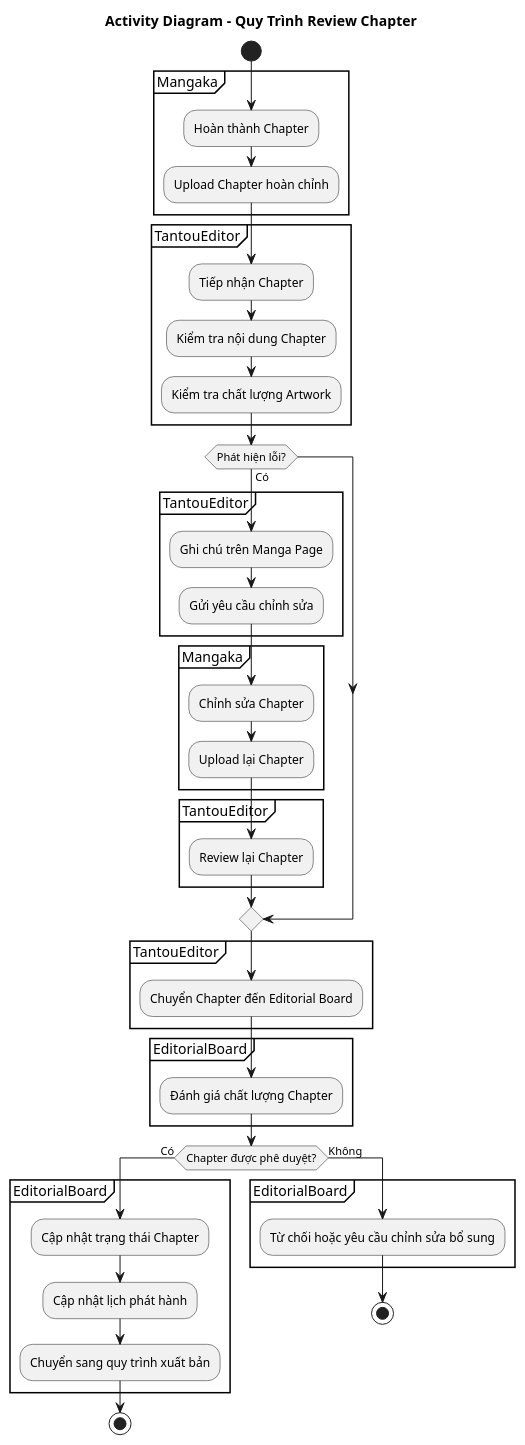
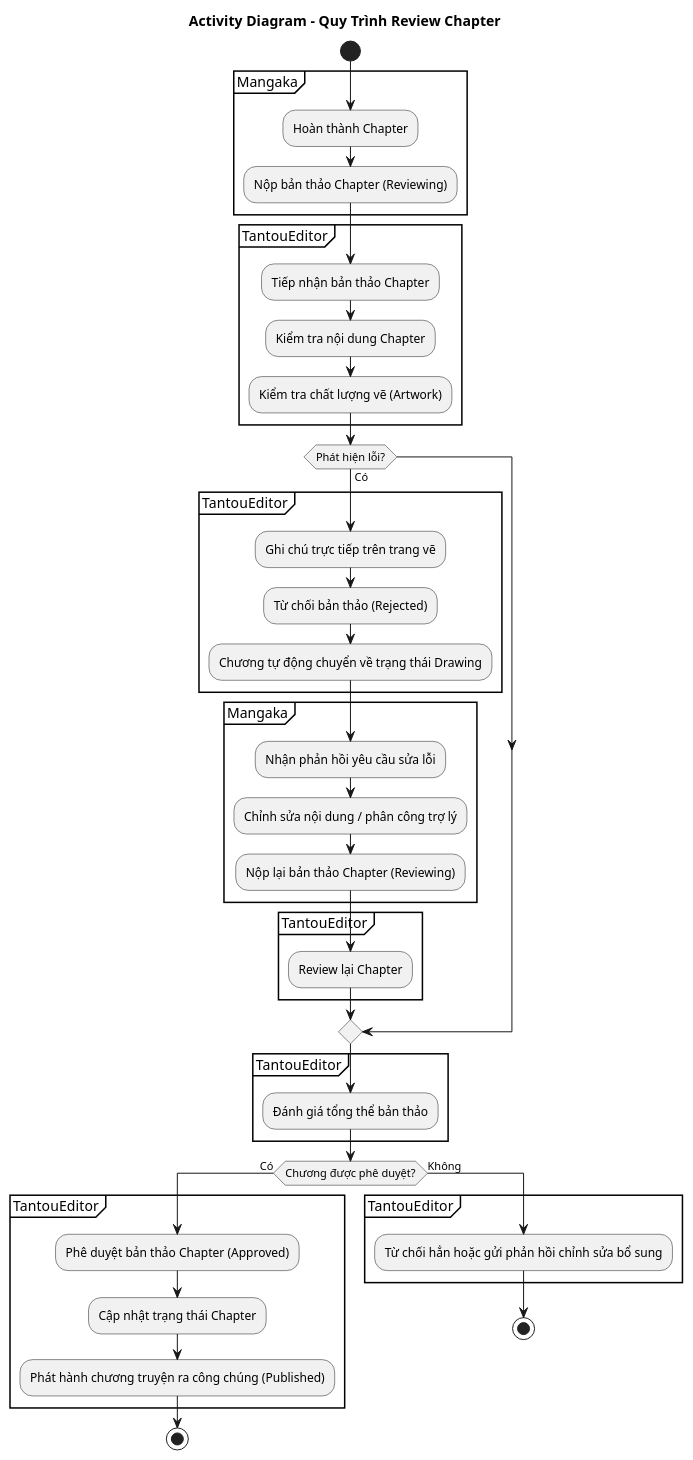
One commit to trongtan0079/Manga-publishing-management-system changed the diagram in UML/Activity_Diagram_quy trình_Review_Chapter.puml. Above: the diagram before and after it, drawn with PlantUML. The commit also changed 9 other files, not shown here.

Commit message:
docs(uml): Dong bo hoa toan bo cac bieu do UML va tai lieu dac ta thiet ke theo luong nghiep vu moi sach AI

```diff
--- a/UML/Activity_Diagram_quy trình_Review_Chapter.puml
+++ b/UML/Activity_Diagram_quy trình_Review_Chapter.puml
@@ -1,58 +1,56 @@
 @startuml
 title Activity Diagram - Quy Trình Review Chapter
 
 skinparam backgroundColor white
 skinparam shadowing false
 skinparam linetype ortho
 skinparam activityDiamondOrientation vertical
 
 start
 
 partition Mangaka {
   :Hoàn thành Chapter;
-  :Upload Chapter hoàn chỉnh;
+  :Nộp bản thảo Chapter (Reviewing);
 }
 
 partition TantouEditor {
-  :Tiếp nhận Chapter;
+  :Tiếp nhận bản thảo Chapter;
   :Kiểm tra nội dung Chapter;
-  :Kiểm tra chất lượng Artwork;
+  :Kiểm tra chất lượng vẽ (Artwork);
 }
 
 if (Phát hiện lỗi?) then (Có)
   partition TantouEditor {
-    :Ghi chú trên Manga Page;
-    :Gửi yêu cầu chỉnh sửa;
+    :Ghi chú trực tiếp trên trang vẽ;
+    :Từ chối bản thảo (Rejected);
+    :Chương tự động chuyển về trạng thái Drawing;
   }
   partition Mangaka {
-    :Chỉnh sửa Chapter;
-    :Upload lại Chapter;
+    :Nhận phản hồi yêu cầu sửa lỗi;
+    :Chỉnh sửa nội dung / phân công trợ lý;
+    :Nộp lại bản thảo Chapter (Reviewing);
   }
   partition TantouEditor {
     :Review lại Chapter;
   }
 endif
 
 partition TantouEditor {
-  :Chuyển Chapter đến Editorial Board;
+  :Đánh giá tổng thể bản thảo;
 }
 
-partition EditorialBoard {
-  :Đánh giá chất lượng Chapter;
-}
-
-if (Chapter được phê duyệt?) then (Có)
-  partition EditorialBoard {
+if (Chương được phê duyệt?) then (Có)
+  partition TantouEditor {
+    :Phê duyệt bản thảo Chapter (Approved);
     :Cập nhật trạng thái Chapter;
-    :Cập nhật lịch phát hành;
-    :Chuyển sang quy trình xuất bản;
+    :Phát hành chương truyện ra công chúng (Published);
   }
   stop
 else (Không)
-  partition EditorialBoard {
-    :Từ chối hoặc yêu cầu chỉnh sửa bổ sung;
+  partition TantouEditor {
+    :Từ chối hẳn hoặc gửi phản hồi chỉnh sửa bổ sung;
   }
   stop
 endif
 
 @enduml
```
